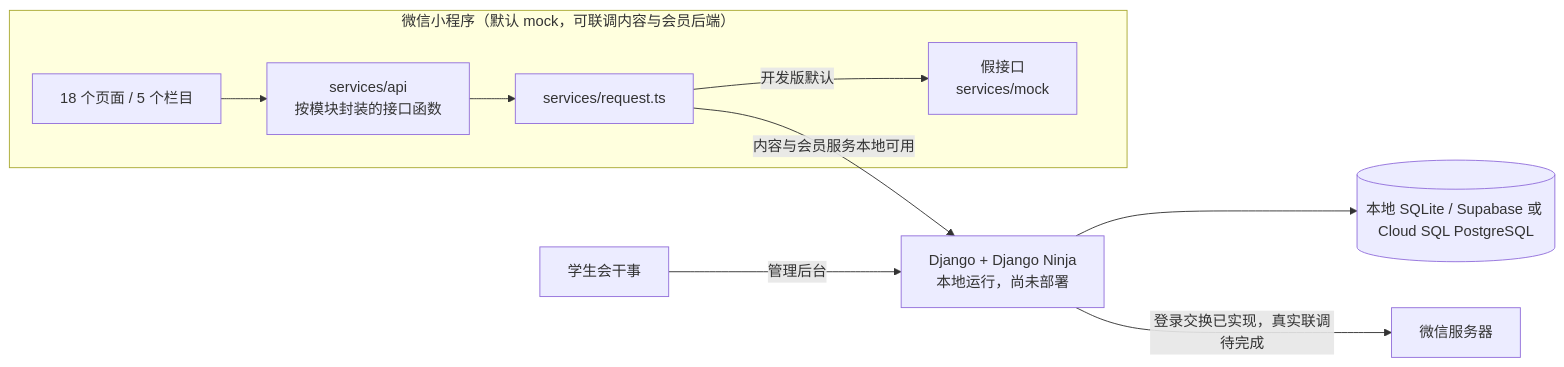
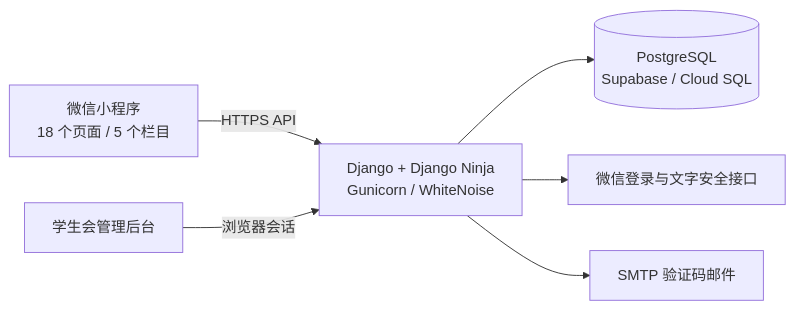
One commit to Jerry2003826/MonashStudentMiniprogram changed the diagram in README.md. Above: the diagram before and after it, drawn with Mermaid. The commit also changed other lines of this file and 13 other files, not shown here.

Commit message:
更新 README 与当前功能截图

````diff
--- a/README.md
+++ b/README.md
@@ -137,12 +135,8 @@
 ```mermaid
 flowchart LR
-    subgraph MP["微信小程序（默认 mock，可联调内容与会员后端）"]
-        Pages["18 个页面 / 5 个栏目"] --> Api["services/api<br/>按模块封装的接口函数"]
-        Api --> Request["services/request.ts"]
-        Request -->|"开发版默认"| Mock["假接口<br/>services/mock"]
-    end
-    Request -->|"内容与会员服务本地可用"| Django["Django + Django Ninja<br/>本地运行，尚未部署"]
-    Django --> DB[("本地 SQLite / Supabase 或 Cloud SQL PostgreSQL")]
-    Staff["学生会干事"] -->|"管理后台"| Django
-    Django -->|"登录交换已实现，真实联调待完成"| WX["微信服务器"]
+    Mini["微信小程序<br/>18 个页面 / 5 个栏目"] -->|HTTPS API| API["Django + Django Ninja<br/>Gunicorn / WhiteNoise"]
+    Staff["学生会管理后台"] -->|浏览器会话| API
+    API --> DB[("PostgreSQL<br/>Supabase / Cloud SQL")]
+    API --> WeChat["微信登录与文字安全接口"]
+    API --> Mail["SMTP 验证码邮件"]
 ```
````
